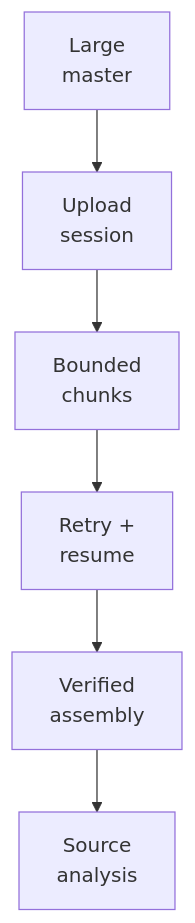
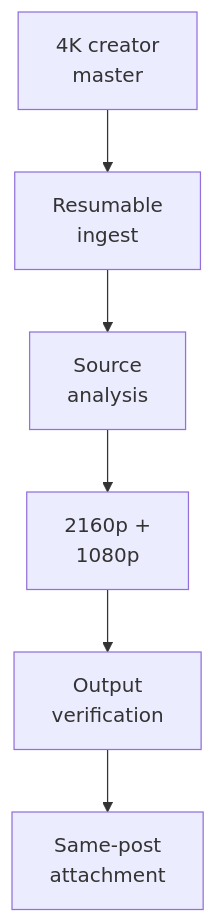
Before and after one commit to wilderruiz/millenova-project: the second of 6 diagrams in docs/media/NATIVE_MEDIA_ENGINEERING.md, drawn with Mermaid. The commit also changed other lines of this file, not shown here.

Commit message:
docs: expand native media engineering for MP3 genome architecture

````diff
--- a/docs/media/NATIVE_MEDIA_ENGINEERING.md
+++ b/docs/media/NATIVE_MEDIA_ENGINEERING.md
@@ -77,8 +37,8 @@
 ```mermaid
 flowchart TD
-    FILE["Large<br/>master"] --> SESSION["Upload<br/>session"]
-    SESSION --> CHUNKS["Bounded<br/>chunks"]
-    CHUNKS --> RESUME["Retry +<br/>resume"]
-    RESUME --> ASSEMBLE["Verified<br/>assembly"]
-    ASSEMBLE --> NEXT["Source<br/>analysis"]
+    MASTER["4K creator<br/>master"] --> UP["Resumable<br/>ingest"]
+    UP --> PROBE["Source<br/>analysis"]
+    PROBE --> REND["2160p +<br/>1080p"]
+    REND --> VERIFY["Output<br/>verification"]
+    VERIFY --> ATTACH["Same-post<br/>attachment"]
 ```
````
